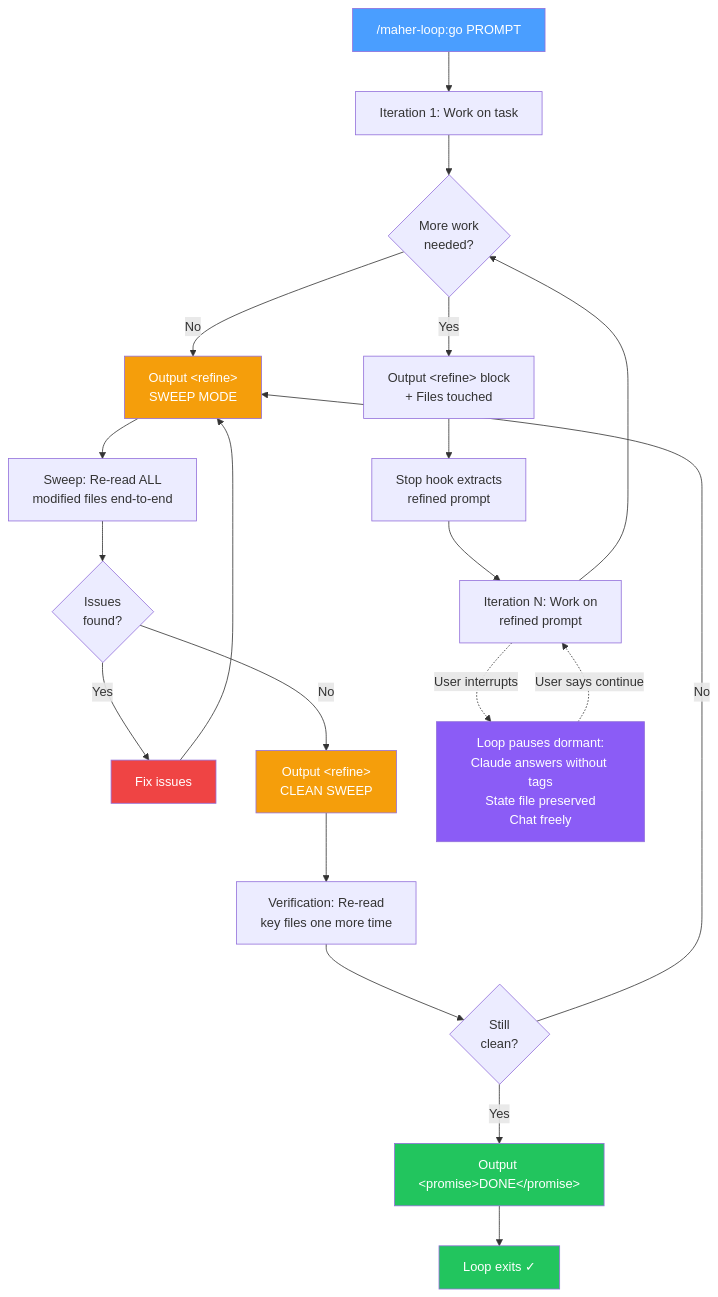
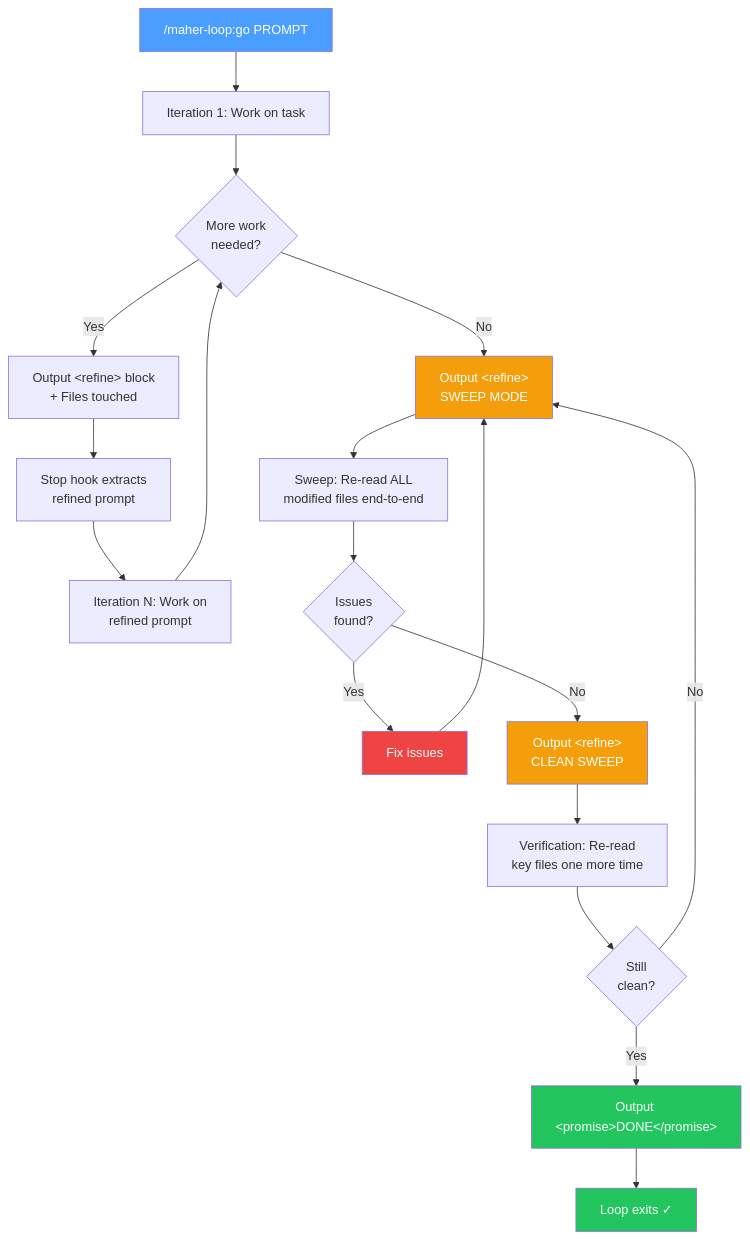
One commit to Maherr/maher-plugins changed the diagram in plugins/maher-loop/README.md. Above: the diagram before and after it, drawn with Mermaid. The commit also changed other lines of this file and 3 other files, not shown here.

````diff
--- a/plugins/maher-loop/README.md
+++ b/plugins/maher-loop/README.md
@@ -22,31 +22,27 @@
 ```mermaid
 flowchart TD
     A["/maher-loop:go PROMPT"] --> B["Iteration 1: Work on task"]
     B --> C{"More work\nneeded?"}
     C -->|Yes| D["Output &lt;refine&gt; block\n+ Files touched"]
     D --> E["Stop hook extracts\nrefined prompt"]
     E --> F["Iteration N: Work on\nrefined prompt"]
     F --> C
     C -->|No| G["Output &lt;refine&gt;\nSWEEP MODE"]
     G --> H["Sweep: Re-read ALL\nmodified files end-to-end"]
     H --> I{"Issues\nfound?"}
     I -->|Yes| J["Fix issues"]
     J --> G
     I -->|No| K["Output &lt;refine&gt;\nCLEAN SWEEP"]
     K --> L["Verification: Re-read\nkey files one more time"]
     L --> M{"Still\nclean?"}
     M -->|No| G
     M -->|Yes| N["Output &lt;promise&gt;DONE&lt;/promise&gt;"]
     N --> O["Loop exits ✓"]
 
-    F -.->|User interrupts| P["Loop pauses dormant:<br/>Claude answers without tags<br/>State file preserved<br/>Chat freely"]
-    P -.->|User says continue| F
-
     style A fill:#4a9eff,color:#fff
     style O fill:#22c55e,color:#fff
     style G fill:#f59e0b,color:#fff
     style K fill:#f59e0b,color:#fff
     style N fill:#22c55e,color:#fff
     style J fill:#ef4444,color:#fff
-    style P fill:#8b5cf6,color:#fff
 ```
````
